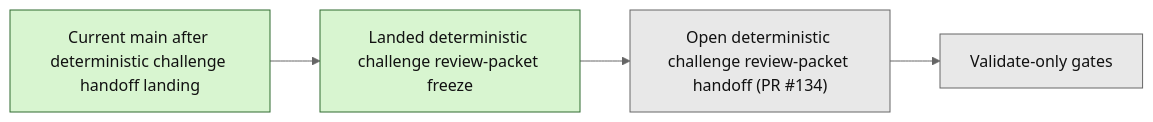
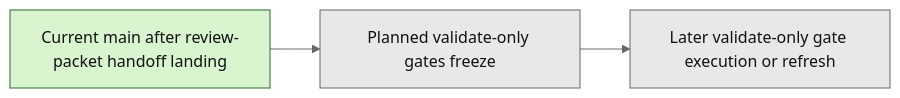
The second of 2 diagrams in next_milestone_plans/layer3_progress_board.md (benjmcd/project6_REPO_MCP_FOLDER), drawn with Mermaid (neutral theme) before and after one commit. The commit also changed other lines of this file and 8 other files, not shown here.

Commit message:
docs(layer3): sync post-pr134 review-packet state

````diff
--- a/next_milestone_plans/layer3_progress_board.md
+++ b/next_milestone_plans/layer3_progress_board.md
@@ -166,15 +166,13 @@
 ```mermaid
 flowchart LR
-    A["Current main after deterministic challenge handoff landing"] --> B["Landed deterministic challenge review-packet freeze"]
-    B --> C["Open deterministic challenge review-packet handoff (PR #134)"]
-    C --> D["Validate-only gates"]
+    A["Current main after review-packet handoff landing"] --> B["Planned validate-only gates freeze"]
+    B --> C["Later validate-only gate execution or refresh"]
 
     classDef done fill:#d8f5d0,stroke:#2f6b2f,color:#111;
-    classDef open fill:#ffd8a8,stroke:#a85f00,color:#111;
+    classDef planned fill:#fff1bf,stroke:#9a6b00,color:#111;
     classDef future fill:#e8e8e8,stroke:#666,color:#111;
 
     class A done;
-    class B done;
-    class C open;
-    class C,D future;
+    class B planned;
+    class B,C future;
 ```
````
